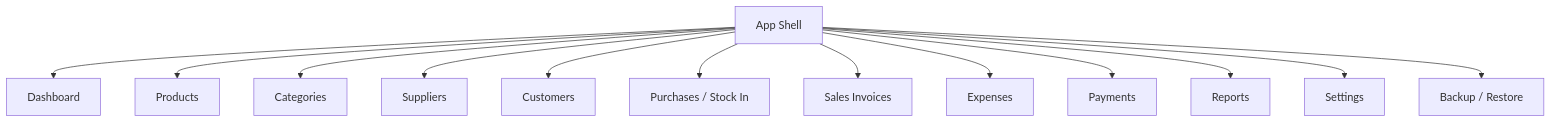
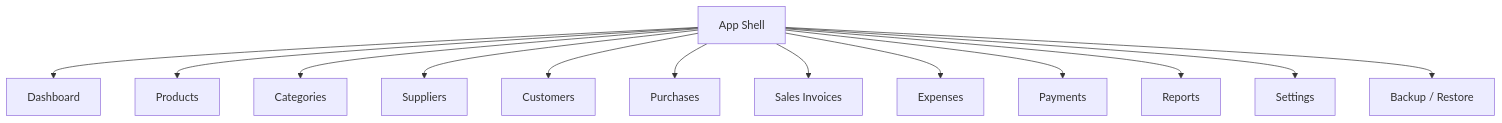
One commit to baderkothman/steel-inventory changed the second of 10 diagrams in SDS.md. Above: the diagram before and after it, drawn with Mermaid. The commit also changed other lines of this file and 40 other files, not shown here.

````diff
--- a/SDS.md
+++ b/SDS.md
@@ -82,15 +82,15 @@
 ```mermaid
 flowchart TD
     A[App Shell] --> B[Dashboard]
     A --> C[Products]
     A --> D[Categories]
     A --> E[Suppliers]
     A --> F[Customers]
-    A --> G[Purchases / Stock In]
+    A --> G[Purchases]
     A --> H[Sales Invoices]
     A --> I[Expenses]
     A --> J[Payments]
     A --> K[Reports]
     A --> L[Settings]
     A --> M[Backup / Restore]
 ```
````
